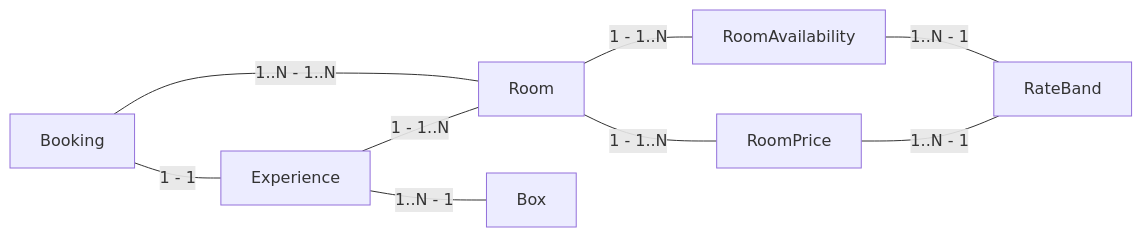
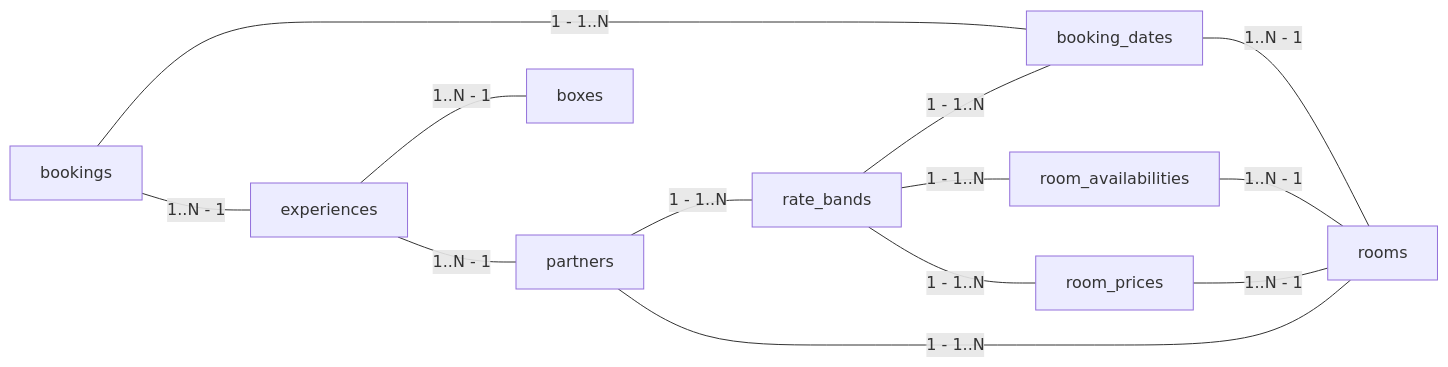
The diagram in docs/schema/high-level-data-model.mmd (xwind1999/r2d2), drawn with Mermaid before and after one commit.

Commit message:
Updating high level data model

```diff
--- a/docs/schema/high-level-data-model.mmd
+++ b/docs/schema/high-level-data-model.mmd
@@ -1,9 +1,13 @@
 graph LR
-Booking ---|"1..N - 1..N"| Room
-Booking ---|"1 - 1"| Experience
-Experience ---|"1..N - 1"| Box
-Experience ---|"1 - 1..N"| Room
-Room ---|"1 - 1..N"| RoomPrice
-Room ---|"1 - 1..N"| RoomAvailability
-RoomAvailability ---|"1..N - 1"| RateBand
-RoomPrice ---|"1..N - 1"| RateBand
+bookings ---|"1 - 1..N"| booking_dates
+bookings ---|"1..N - 1"| experiences
+experiences ---|"1..N - 1"| boxes
+experiences ---|"1..N - 1"| partners
+partners ---|"1 - 1..N"| rate_bands
+partners ---|"1 - 1..N"| rooms
+rate_bands  ---|"1 - 1..N"| booking_dates
+rate_bands  ---|"1 - 1..N"| room_availabilities
+rate_bands  ---|"1 - 1..N"| room_prices
+room_availabilities  ---|"1..N - 1"| rooms
+room_prices  ---|"1..N - 1"| rooms
+booking_dates ---|"1..N - 1"| rooms
```
